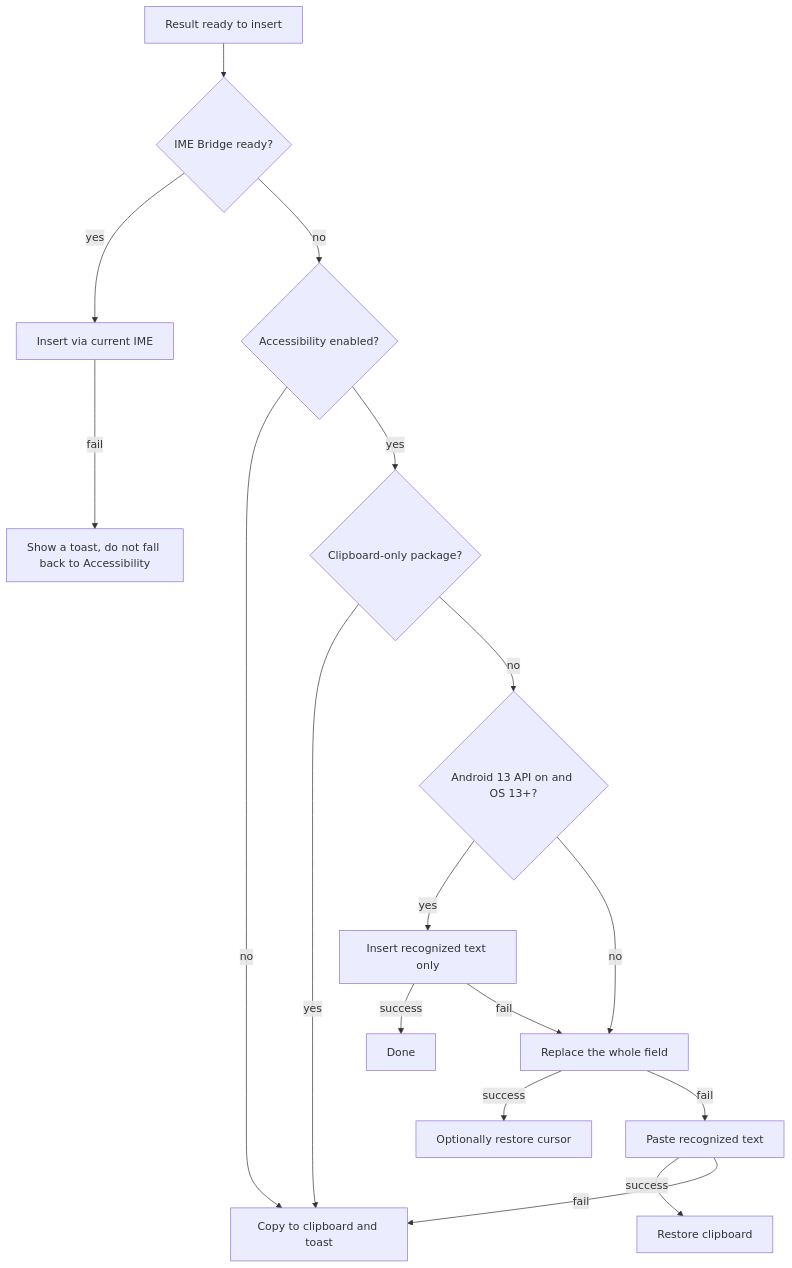
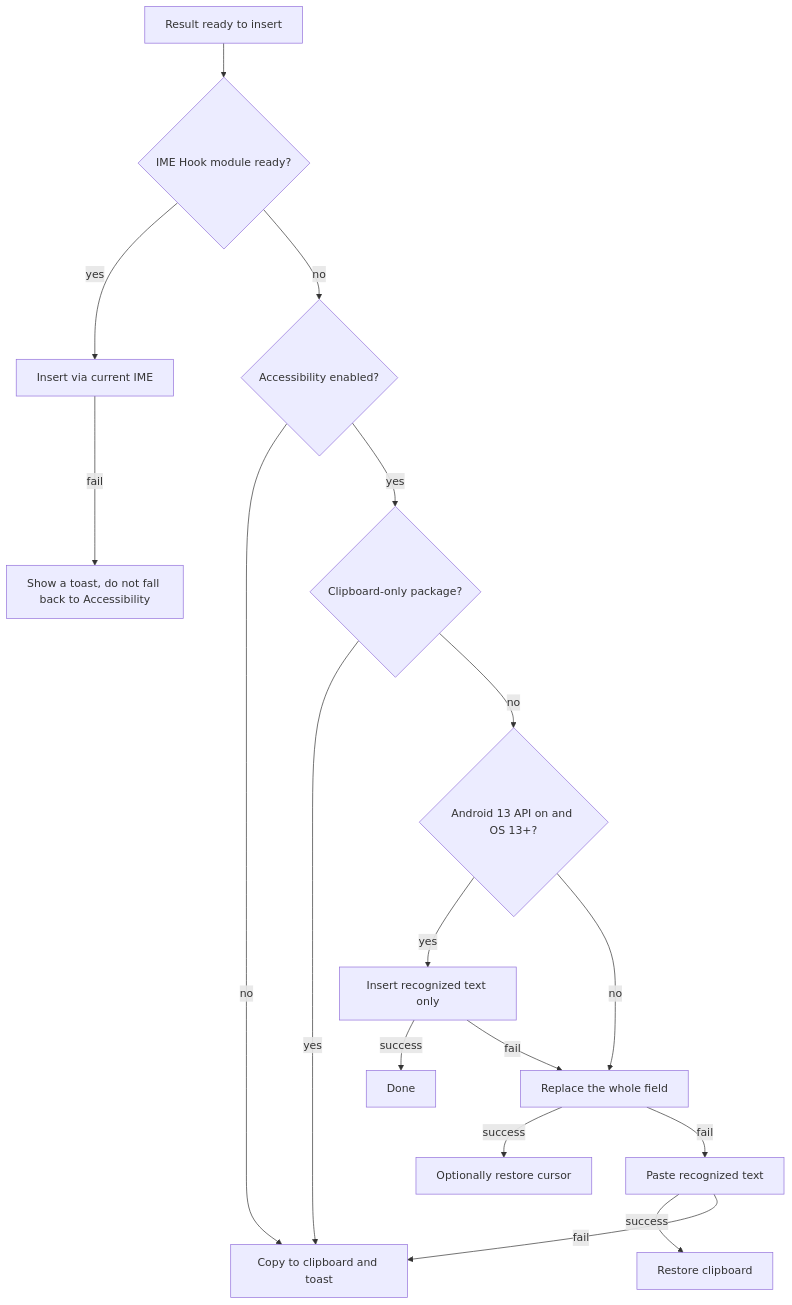
One commit to BryceWG/BiBi-Keyboard-Docs changed the third of 3 diagrams in en/features/floating-ball.md. Above: the diagram before and after it, drawn with Mermaid. The commit also changed other lines of this file and 44 other files, not shown here.

````diff
--- a/en/features/floating-ball.md
+++ b/en/features/floating-ball.md
@@ -146,19 +121,19 @@
 ```mermaid
 flowchart TD
-  start[Result ready to insert] --> bridge{IME Bridge ready?}
+  start[Result ready to insert] --> bridge{IME Hook module ready?}
   bridge -->|yes| brOk[Insert via current IME]
   brOk -->|fail| brInsertFail[Show a toast, do not fall back to Accessibility]
   bridge -->|no| a11y{Accessibility enabled?}
   a11y -->|no| clipToast[Copy to clipboard and toast]
   a11y -->|yes| pasteOnly{Clipboard-only package?}
   pasteOnly -->|yes| clipToast
   pasteOnly -->|no| newApi{Android 13 API on and OS 13+?}
   newApi -->|yes| ime[Insert recognized text only]
   ime -->|success| doneNode[Done]
   ime -->|fail| setText
   newApi -->|no| setText[Replace the whole field]
   setText -->|success| cursor[Optionally restore cursor]
   setText -->|fail| paste[Paste recognized text]
   paste -->|success| restoreClip[Restore clipboard]
   paste -->|fail| clipToast
 ```
````
